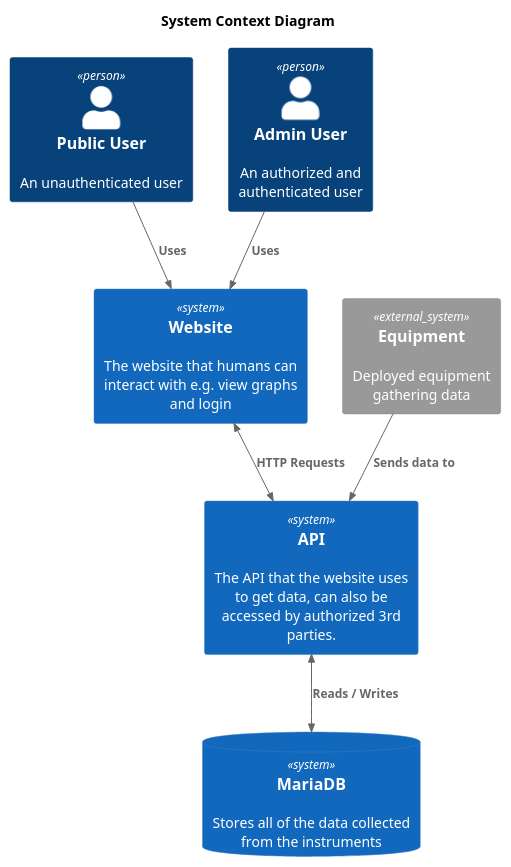
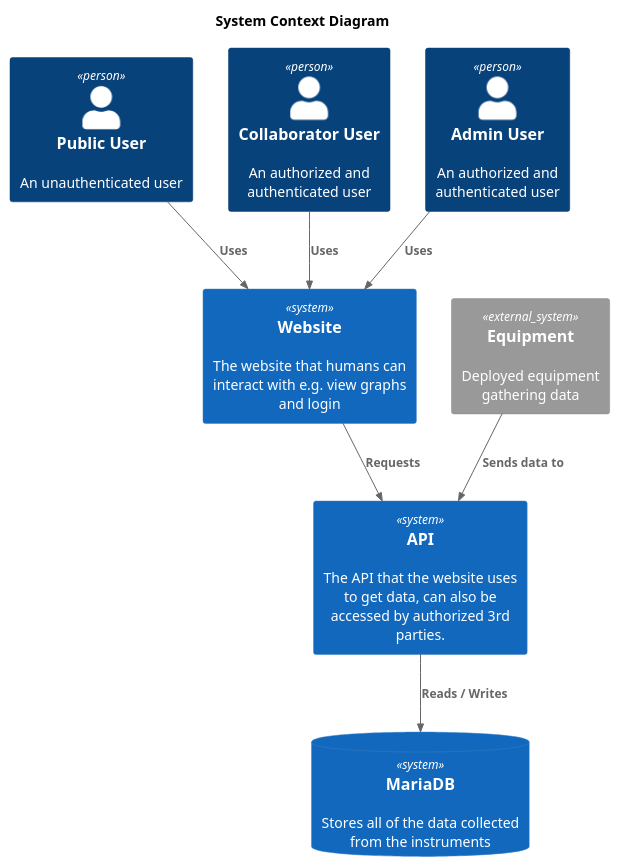
One commit to asJoshua/CHIL-Data-Visualisation-Webapp changed the diagram in docs/c4/context/system_context_diagram.puml. Above: the diagram before and after it, drawn with PlantUML. The commit also changed 3 other files, not shown here.

Commit message:
wiki/Created website container diagram

```diff
--- a/docs/c4/context/system_context_diagram.puml
+++ b/docs/c4/context/system_context_diagram.puml
@@ -1,18 +1,20 @@
 @startuml System-Context-Diagram
 !include <c4/C4_Context.puml>
 title System Context Diagram
 
 Person(public_user, "Public User", "An unauthenticated user")
+Person(collaborator_user, "Collaborator User", "An authorized and authenticated user")
 Person(admin_user, "Admin User", "An authorized and authenticated user")
 System_Ext(equipment, "Equipment", "Deployed equipment gathering data")
 System(website, "Website", "The website that humans can interact with e.g. view graphs and login")
 System(api, "API", "The API that the website uses to get data, can also be accessed by authorized 3rd parties.")
 SystemDb(mariadb, "MariaDB", "Stores all of the data collected from the instruments")
 
 Rel(public_user, website, "Uses")
+Rel(collaborator_user, website, "Uses")
 Rel(admin_user, website, "Uses")
-BiRel(website, api, "HTTP Requests")
+Rel(website, api, "Requests")
 Rel(equipment, api, "Sends data to")
-BiRel(api, mariadb, "Reads / Writes")
+Rel(api, mariadb, "Reads / Writes")
 
 @enduml
```
